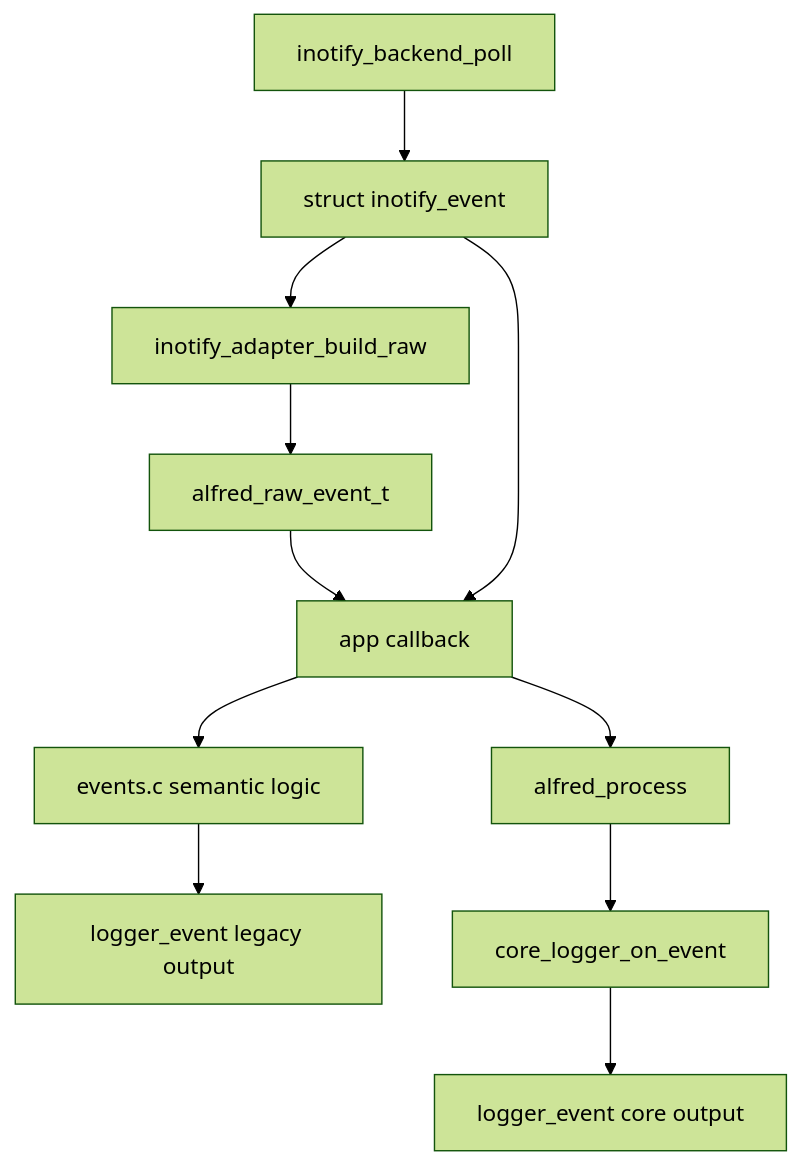
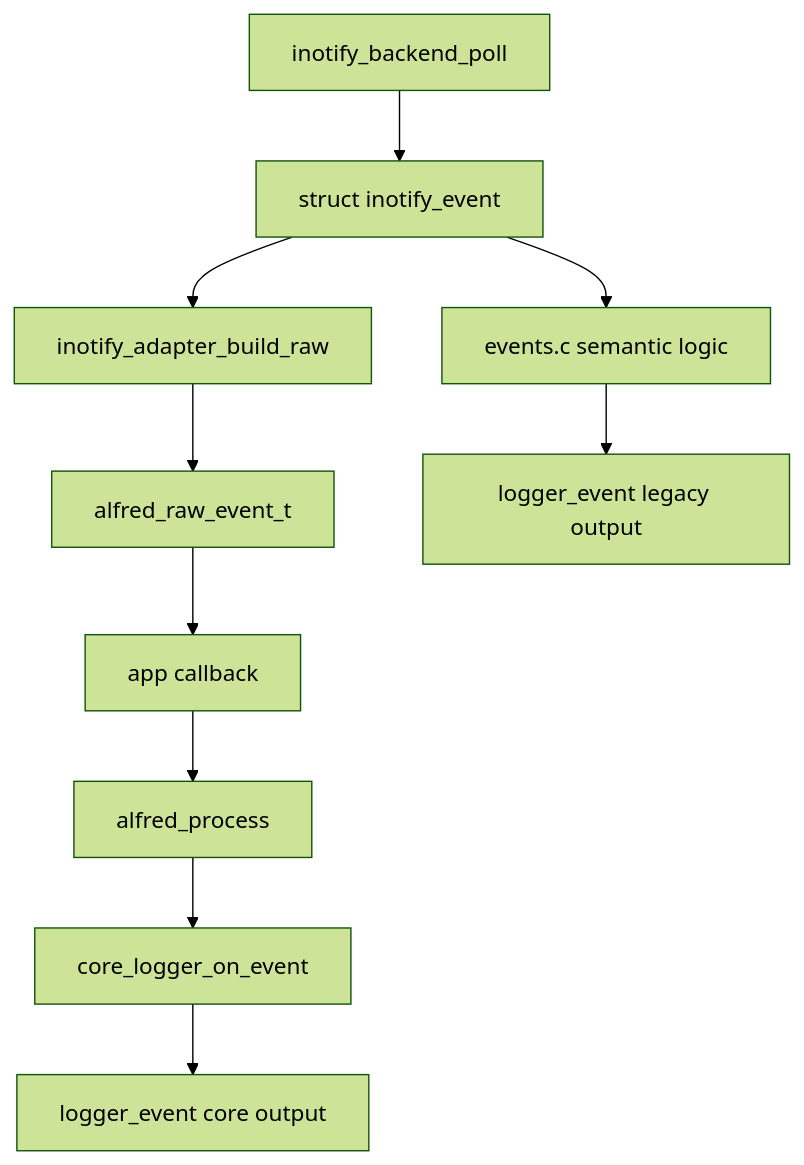
Before and after one commit to kinderp/alfred: the second of 3 diagrams in docs/it/07-flusso-eventi.md, drawn with Mermaid (forest theme). The commit also changed 6 other files, not shown here.

````diff
--- a/docs/it/07-flusso-eventi.md
+++ b/docs/it/07-flusso-eventi.md
@@ -28,15 +28,14 @@
 ```mermaid
 flowchart TD
     A[inotify_backend_poll] --> B[struct inotify_event]
     B --> C[inotify_adapter_build_raw]
     C --> D[alfred_raw_event_t]
     D --> E[app callback]
-    B --> E
+    B --> F
 
-    E --> F[events.c semantic logic]
-    F --> G[logger_event legacy output]
+    F[events.c semantic logic] --> G[logger_event legacy output]
 
     E --> H[alfred_process]
     H --> I[core_logger_on_event]
     I --> J[logger_event core output]
 ```
````
